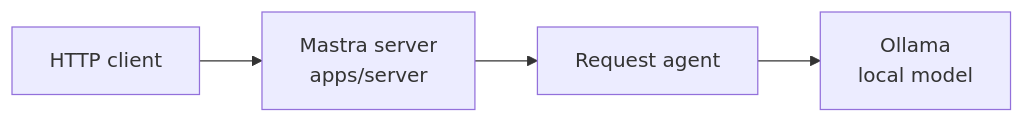
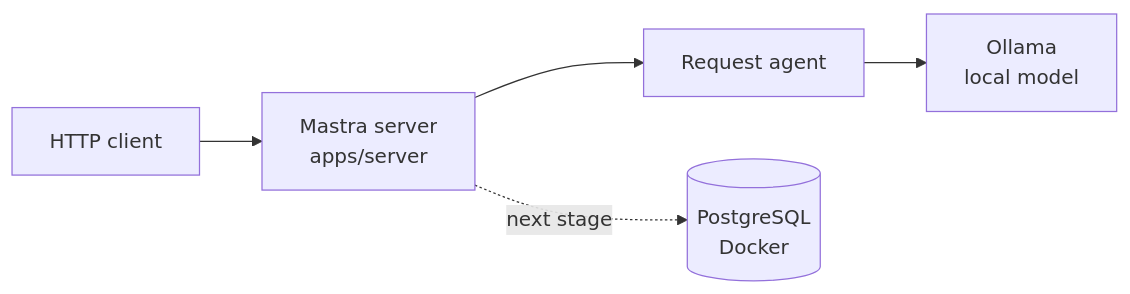
The diagram in README.md (Alvi16/Request-agent), drawn with Mermaid before and after one commit. The commit also changed other lines of this file, not shown here.

````diff
--- a/README.md
+++ b/README.md
@@ -24,6 +25,7 @@
 ```mermaid
 flowchart LR
     Client[HTTP client] --> Server["Mastra server<br/>apps/server"]
     Server --> Agent[Request agent]
     Agent --> Ollama["Ollama<br/>local model"]
+    Server -. next stage .-> Postgres[("PostgreSQL<br/>Docker")]
 ```
````
